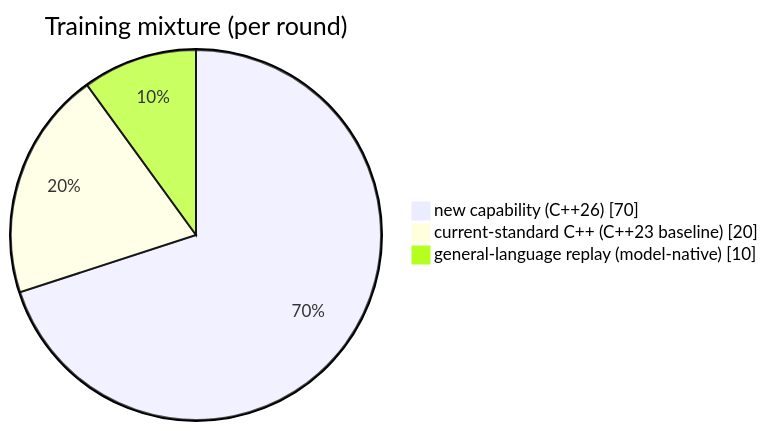
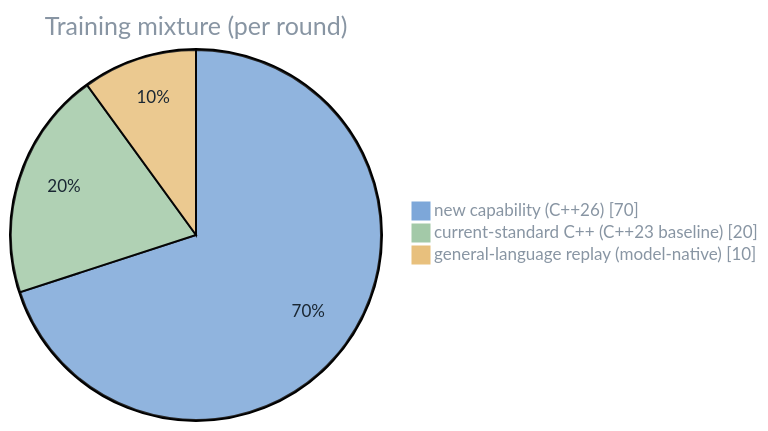
Before and after one commit to storax-io/storax-ai-train-rocm: the second of 5 diagrams in docs/architecture.md, drawn with Mermaid. The commit also changed other lines of this file, not shown here.

Commit message:
theme all mermaid diagrams for light+dark: text always on filled light surfaces, page-level text mid-gray with label backgrounds — robust beyond GitHub's auto-theming

````diff
--- a/docs/architecture.md
+++ b/docs/architecture.md
@@ -77,6 +78,7 @@
 ```mermaid
+%%{init: {"theme":"base","themeVariables":{"pie1":"#7da7d9","pie2":"#a3c9a8","pie3":"#e8c07d","pieTitleTextColor":"#8895a3","pieLegendTextColor":"#8895a3","pieSectionTextColor":"#1a2733","pieOpacity":"0.85"}}}%%
 pie showData title Training mixture (per round)
     "new capability (C++26)" : 70
     "current-standard C++ (C++23 baseline)" : 20
     "general-language replay (model-native)" : 10
 ```
````
